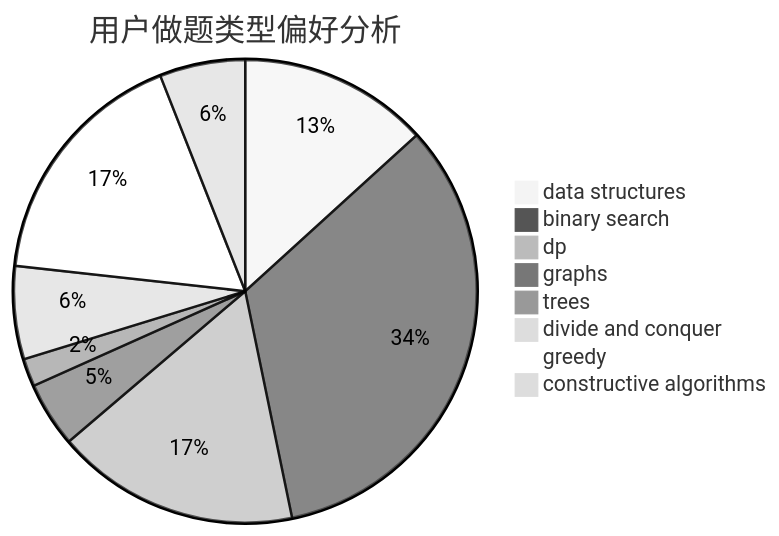
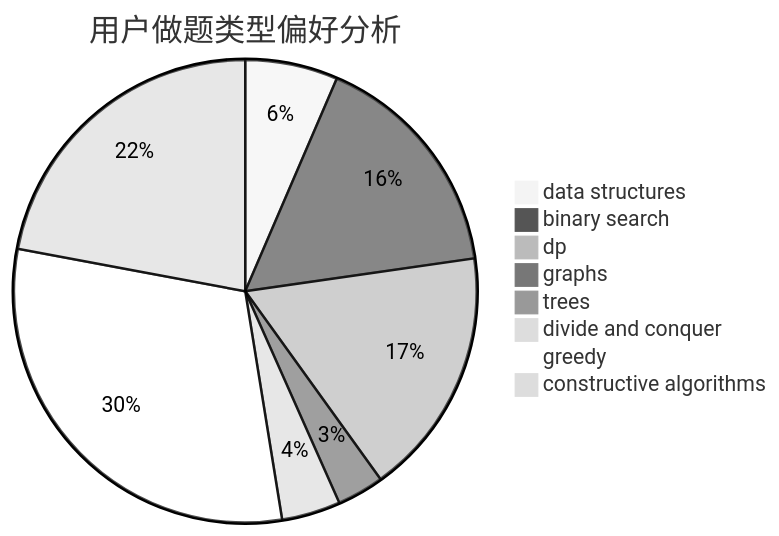
The second of 3 diagrams in docs/user/u2769.md (sherpahu/cfrs.github.io), drawn with Mermaid (neutral theme) before and after one commit. The commit also changed other lines of this file and 2770 other files, not shown here.

````diff
--- a/docs/user/u2769.md
+++ b/docs/user/u2769.md
@@ -23,11 +23,11 @@
 ```mermaid
 pie title 用户做题类型偏好分析
-    "data structures" :  102
-    "binary search" :  258
-    "dp" :  131
-    "graphs" :  35
-    "trees" :  15
-    "divide and conquer" :  50
-    "greedy" :  133
-    "constructive algorithms" :  46
+    "data structures" :  156
+    "binary search" :  392
+    "dp" :  418
+    "graphs" :  79
+    "trees" :  7
+    "divide and conquer" :  99
+    "greedy" :  735
+    "constructive algorithms" :  532
 ```
````
